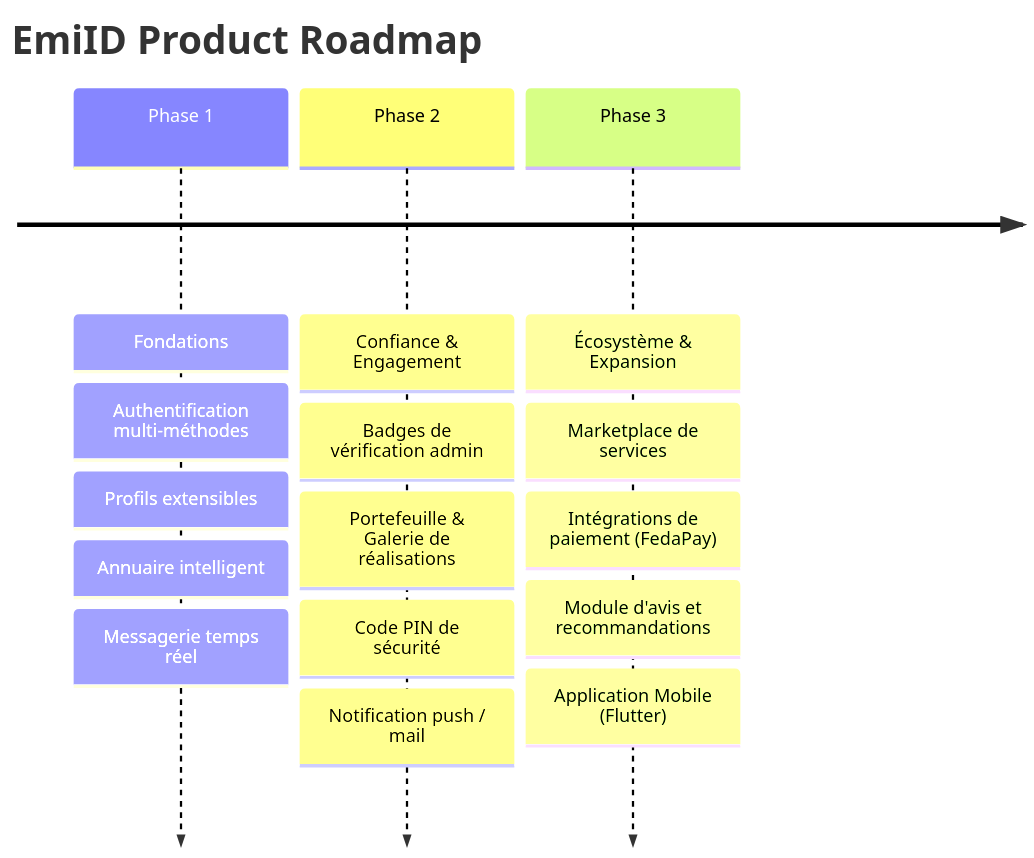
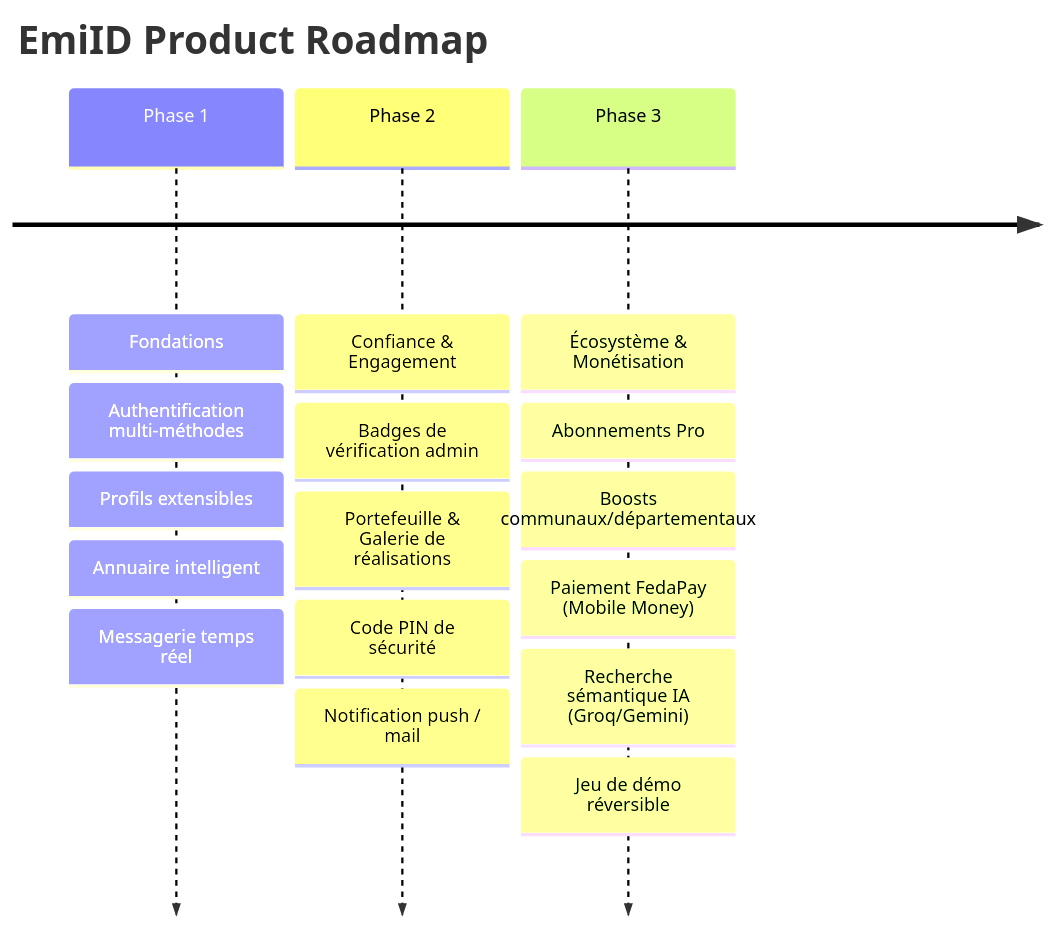
Before and after one commit to Hop-Syder/app-emiid: the first of 2 diagrams in docs/PROJECT_OVERVIEW.md, drawn with Mermaid. The commit also changed other lines of this file and 3 other files, not shown here.

Commit message:
feat: add FedaPay integration, AI-powered search, commercial site, and monetisation roadmap to documentation

````diff
--- a/docs/PROJECT_OVERVIEW.md
+++ b/docs/PROJECT_OVERVIEW.md
@@ -35,7 +35,7 @@
 ```mermaid
 timeline
     title EmiID Product Roadmap
     Phase 1 : Fondations : Authentification multi-méthodes : Profils extensibles : Annuaire intelligent : Messagerie temps réel
     Phase 2 : Confiance & Engagement : Badges de vérification admin : Portefeuille & Galerie de réalisations : Code PIN de sécurité : Notification push / mail
-    Phase 3 : Écosystème & Expansion : Marketplace de services : Intégrations de paiement (FedaPay) : Module d'avis et recommandations : Application Mobile (Flutter)
+    Phase 3 : Écosystème & Monétisation : Abonnements Pro : Boosts communaux/départementaux : Paiement FedaPay (Mobile Money) : Recherche sémantique IA (Groq/Gemini) : Jeu de démo réversible
 ```
````
